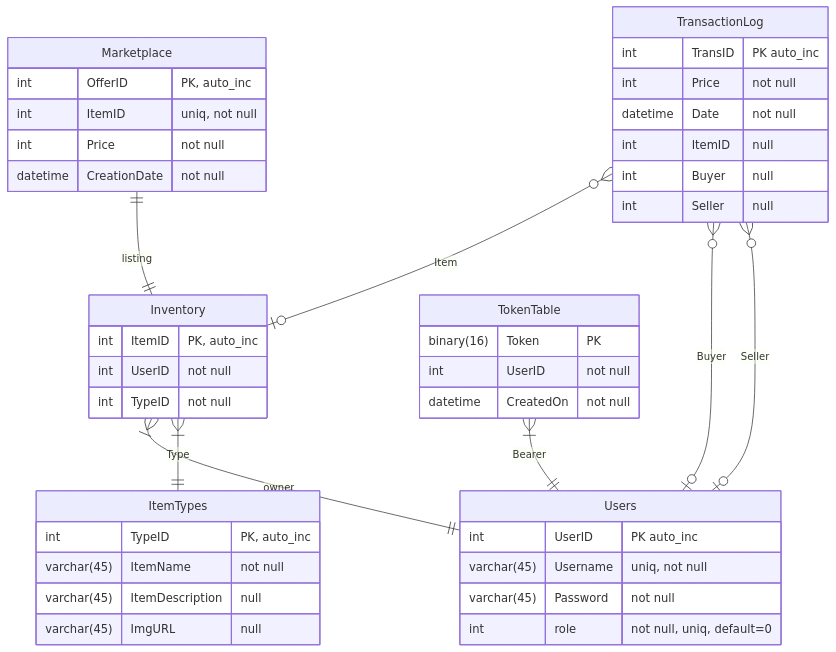
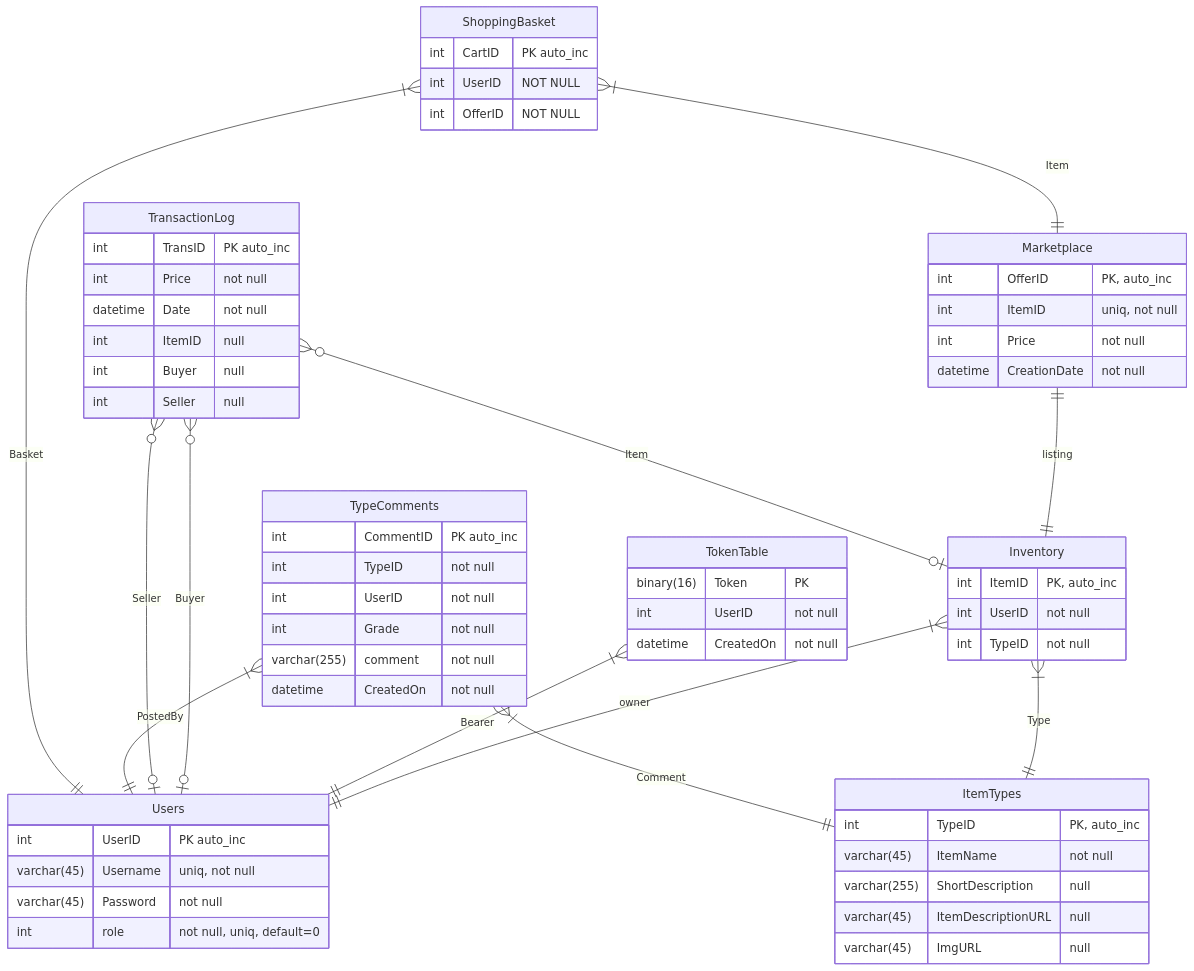
The second of 2 diagrams in README.md (salon64/CyberMarket), drawn with Mermaid before and after one commit. The commit also changed other lines of this file, not shown here.

Commit message:
more documentation about tables

````diff
--- a/README.md
+++ b/README.md
@@ -160,55 +160,72 @@
 ```mermaid
 erDiagram
     Users {
         int UserID "PK auto_inc"
         varchar(45) Username "uniq, not null"
         varchar(45) Password "not null"
         int role "not null, uniq, default=0"
     }
 
     Marketplace {
         int OfferID "PK, auto_inc"
         int ItemID "uniq, not null"
         int Price "not null"
         datetime CreationDate "not null"
     }
+    Marketplace ||--|| Inventory: listing
 
     Inventory {
         int ItemID "PK, auto_inc"
         int UserID "not null"
         int TypeID "not null"
     }
+    Inventory }|--|| Users: owner
+    Inventory }|--|| ItemTypes: Type
 
     ItemTypes {
         int TypeID "PK, auto_inc"
         varchar(45) ItemName "not null"
-        varchar(45) ItemDescription "null"
+        varchar(255) ShortDescription "null"
+        varchar(45) ItemDescriptionURL "null"
         varchar(45) ImgURL "null"
     }
 
     TokenTable {
         binary(16) Token "PK"
         int UserID  "not null"
         datetime CreatedOn "not null"
     }
+    TokenTable }|--|| Users: Bearer
 
     TransactionLog {
         int TransID "PK auto_inc"
         int Price "not null"
         datetime Date "not null"
         int ItemID "null"
         int Buyer "null"
         int Seller "null"
     }
-    TokenTable }|--|| Users: Bearer
-
-    Inventory }|--|| Users: owner
-    Inventory }|--|| ItemTypes: Type
-
-    Marketplace ||--|| Inventory: listing
-
     TransactionLog }o--o| Inventory: Item
     TransactionLog }o--o| Users: Buyer
     TransactionLog }o--o| Users: Seller
 
+    TypeComments {
+        int CommentID "PK auto_inc"
+        int TypeID "not null"
+        int UserID "not null"
+        int Grade "not null"
+        varchar(255) comment "not null"
+        datetime CreatedOn "not null"
+    }
+    TypeComments }|--|| Users: PostedBy
+    TypeComments }|--|| ItemTypes: Comment
+
+    ShoppingBasket {
+        int CartID "PK auto_inc"
+        int UserID "NOT NULL"
+        int OfferID "NOT NULL"
+    }
+    ShoppingBasket }|--|| Users: Basket
+    ShoppingBasket }|--|| Marketplace: Item
+
 ```
````
